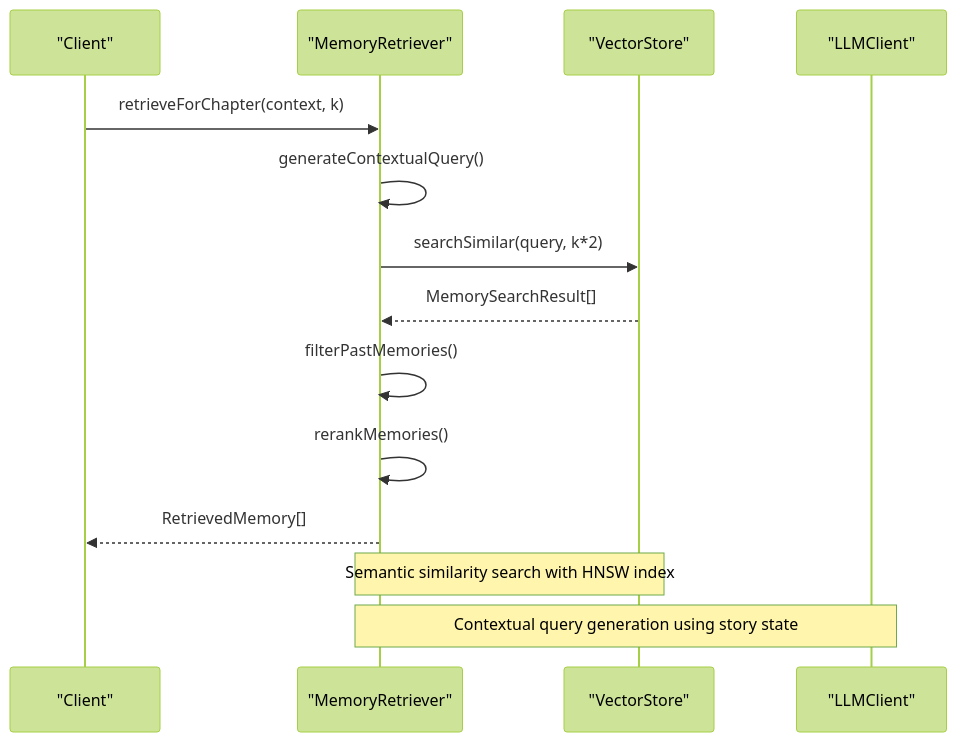
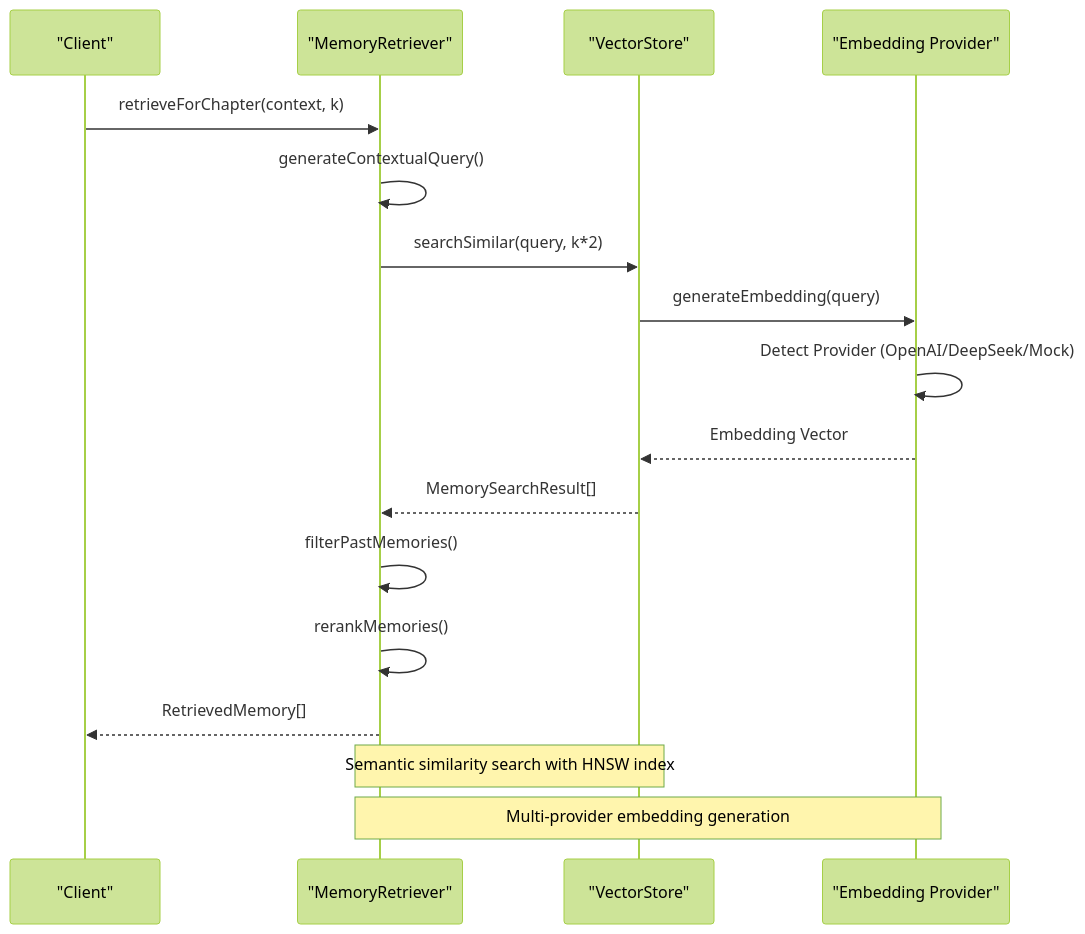
Before and after one commit to liwonder/NARRITIVE_OS: the third of 10 diagrams in .qoder/repowiki/en/content/Memory Management System/Vector Memory System.md, drawn with Mermaid (forest theme). The commit also changed other lines of this file and 12 other files, not shown here.

````diff
--- a/.qoder/repowiki/en/content/Memory Management System/Vector Memory System.md
+++ b/.qoder/repowiki/en/content/Memory Management System/Vector Memory System.md
@@ -154,16 +161,19 @@
 ```mermaid
 sequenceDiagram
 participant Client as "Client"
 participant MR as "MemoryRetriever"
 participant VS as "VectorStore"
-participant LLM as "LLMClient"
+participant EMB as "Embedding Provider"
 Client->>MR : retrieveForChapter(context, k)
 MR->>MR : generateContextualQuery()
 MR->>VS : searchSimilar(query, k*2)
+VS->>EMB : generateEmbedding(query)
+EMB->>EMB : Detect Provider (OpenAI/DeepSeek/Mock)
+EMB-->>VS : Embedding Vector
 VS-->>MR : MemorySearchResult[]
 MR->>MR : filterPastMemories()
 MR->>MR : rerankMemories()
 MR-->>Client : RetrievedMemory[]
 Note over MR,VS : Semantic similarity search with HNSW index
-Note over MR,LLM : Contextual query generation using story state
+Note over MR,EMB : Multi-provider embedding generation
 ```
````
